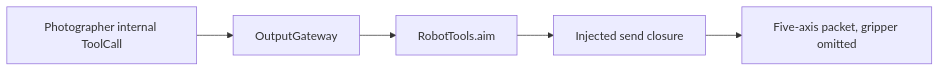
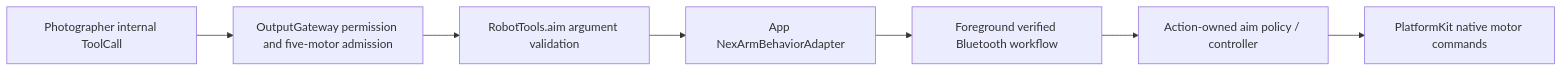
The diagram in MobileHarness/Tools/Robot/README.md (devilyouwei/MobileHarness), drawn with Mermaid before and after one commit. The commit also changed other lines of this file and 85 other files, not shown here.

Commit message:
Fix agent failure isolation, NexArm readiness and resource packaging

````diff
--- a/MobileHarness/Tools/Robot/README.md
+++ b/MobileHarness/Tools/Robot/README.md
@@ -5,7 +13,9 @@
 ```mermaid
 flowchart LR
-    Agent[Photographer internal ToolCall] --> Gateway[OutputGateway]
-    Gateway --> Entry[RobotTools.aim]
-    Entry --> Send[Injected send closure]
-    Send --> Frame[Five-axis packet, gripper omitted]
+    Agent[Photographer internal ToolCall] --> Gateway[OutputGateway permission and five-motor admission]
+    Gateway --> Entry[RobotTools.aim argument validation]
+    Entry --> Adapter[App NexArmBehaviorAdapter]
+    Adapter --> Workflow[Foreground verified Bluetooth workflow]
+    Workflow --> Policy[Action-owned aim policy / controller]
+    Policy --> SDK[PlatformKit native motor commands]
 ```
````
